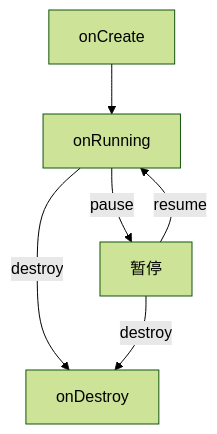
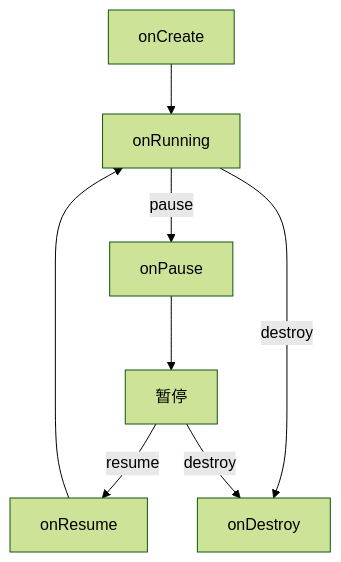
One commit to Forairaaaaa/mooncake changed the fourth of 5 diagrams in README.md. Above: the diagram before and after it, drawn with Mermaid (forest theme). The commit also changed other lines of this file, not shown here.

````diff
--- a/README.md
+++ b/README.md
@@ -262,9 +287,11 @@
 ```mermaid
 graph TD;
     onCreate-->onRunning;
-    onRunning-- pause -->暂停;
-    暂停-- resume -->onRunning;
+    onRunning-- pause -->onPause;
+    onPause-->暂停;
+    暂停-- resume -->onResume;
+    onResume-->onRunning;
     onRunning-- destroy -->onDestroy;
     暂停-- destroy -->onDestroy;
     
 ```
````
